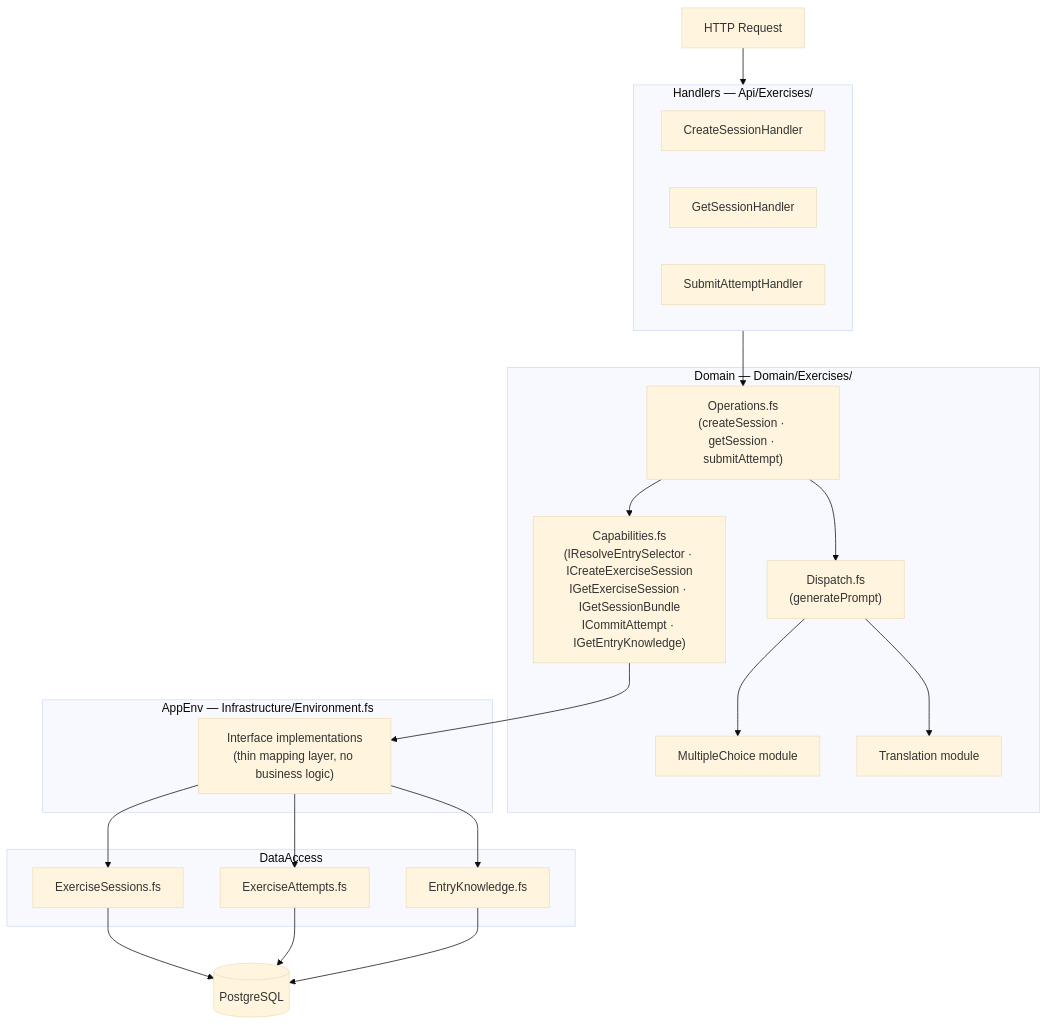
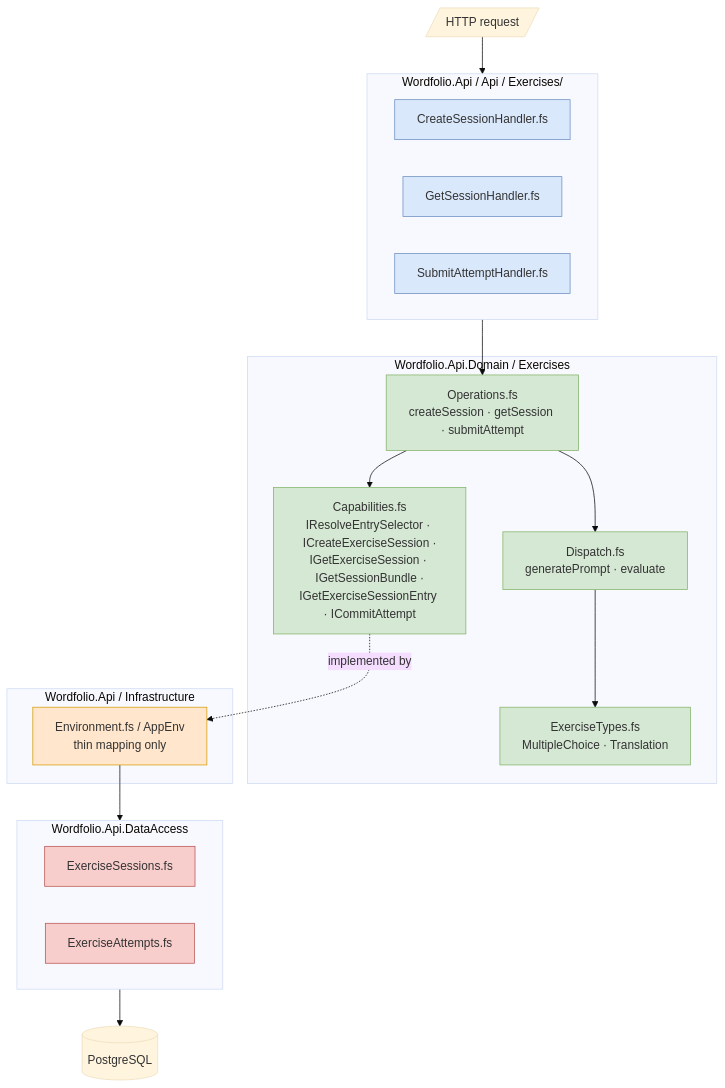
The third of 9 diagrams in docs/exercises/diagrams.md (kgorbenko/wordfolio), drawn with Mermaid (base theme) before and after one commit. The commit also changed other lines of this file and 6 other files, not shown here.

First line of the commit message:
docs: update exercise design with server-side evaluation and revised schema

````diff
--- a/docs/exercises/diagrams.md
+++ b/docs/exercises/diagrams.md
@@ -93,44 +100,46 @@
 ```mermaid
-graph TD
-    HTTP["HTTP Request"]
+flowchart TB
+    HTTP[/HTTP request/]
 
-    subgraph Handlers["Handlers — Api/Exercises/"]
-        CH[CreateSessionHandler]
-        GSH[GetSessionHandler]
-        SAH[SubmitAttemptHandler]
+    subgraph API["Wordfolio.Api / Api / Exercises/"]
+        CreateH[CreateSessionHandler.fs]
+        GetH[GetSessionHandler.fs]
+        SubmitH[SubmitAttemptHandler.fs]
     end
 
-    subgraph Domain["Domain — Domain/Exercises/"]
-        OPS["Operations.fs\n(createSession · getSession · submitAttempt)"]
-        CAPS["Capabilities.fs\n(IResolveEntrySelector · ICreateExerciseSession\nIGetExerciseSession · IGetSessionBundle\nICommitAttempt · IGetEntryKnowledge)"]
-        DISP["Dispatch.fs\n(generatePrompt)"]
-        MC["MultipleChoice module"]
-        TR["Translation module"]
+    subgraph Domain["Wordfolio.Api.Domain / Exercises"]
+        Ops[Operations.fs<br/>createSession · getSession · submitAttempt]
+        Caps[Capabilities.fs<br/>IResolveEntrySelector · ICreateExerciseSession ·<br/>IGetExerciseSession · IGetSessionBundle ·<br/>IGetExerciseSessionEntry · ICommitAttempt]
+        Dispatch[Dispatch.fs<br/>generatePrompt · evaluate]
+        Types[ExerciseTypes.fs<br/>MultipleChoice · Translation]
     end
 
-    subgraph AppEnv["AppEnv — Infrastructure/Environment.fs"]
-        ENV["Interface implementations\n(thin mapping layer, no business logic)"]
+    subgraph Infra["Wordfolio.Api / Infrastructure"]
+        AppEnv[Environment.fs / AppEnv<br/>thin mapping only]
     end
 
-    subgraph DataAccess["DataAccess"]
-        ESDA["ExerciseSessions.fs"]
-        EADA["ExerciseAttempts.fs"]
-        EKDA["EntryKnowledge.fs"]
+    subgraph DA["Wordfolio.Api.DataAccess"]
+        Sessions[ExerciseSessions.fs]
+        Attempts[ExerciseAttempts.fs]
     end
 
-    PG[(PostgreSQL)]
+    DB[(PostgreSQL)]
 
-    HTTP --> Handlers
-    Handlers --> OPS
-    OPS --> CAPS
-    OPS --> DISP
-    DISP --> MC
-    DISP --> TR
-    CAPS --> ENV
-    ENV --> ESDA
-    ENV --> EADA
-    ENV --> EKDA
-    ESDA --> PG
-    EADA --> PG
-    EKDA --> PG
+    HTTP --> API
+    API --> Ops
+    Ops --> Caps
+    Ops --> Dispatch
+    Dispatch --> Types
+    Caps -. implemented by .-> AppEnv
+    AppEnv --> DA
+    DA --> DB
+
+    classDef handler fill:#dae8fc,stroke:#6c8ebf
+    classDef domain fill:#d5e8d4,stroke:#82b366
+    classDef infra fill:#ffe6cc,stroke:#d79b00
+    classDef da fill:#f8cecc,stroke:#b85450
+    class CreateH,GetH,SubmitH handler
+    class Ops,Caps,Dispatch,Types domain
+    class AppEnv infra
+    class Sessions,Attempts da
 ```
````
